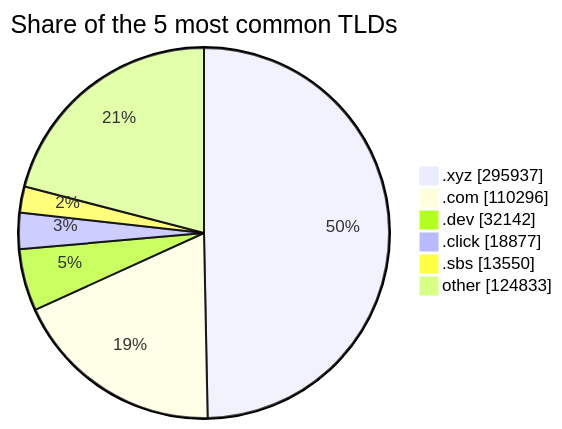
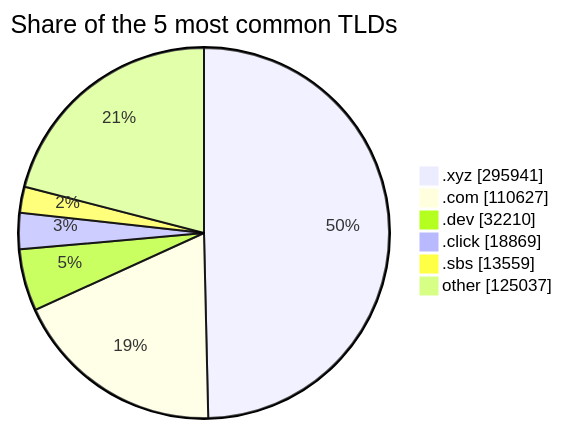
Before and after one commit to DNSBunker/CTI: the third of 3 diagrams in README.md, drawn with Mermaid. The commit also changed other lines of this file and 3 other files, not shown here.

````diff
--- a/README.md
+++ b/README.md
@@ -81,9 +81,9 @@
 ```mermaid
 pie showData title Share of the 5 most common TLDs
-    ".xyz" : 295937
-    ".com" : 110296
-    ".dev" : 32142
-    ".click" : 18877
-    ".sbs" : 13550
-    "other" : 124833
+    ".xyz" : 295941
+    ".com" : 110627
+    ".dev" : 32210
+    ".click" : 18869
+    ".sbs" : 13559
+    "other" : 125037
 ```
````
